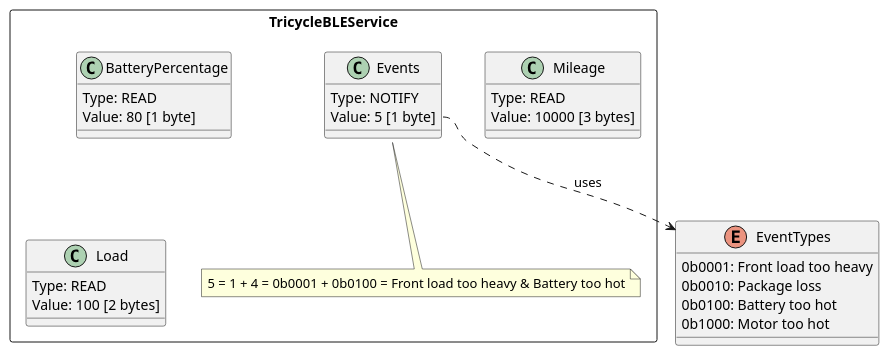
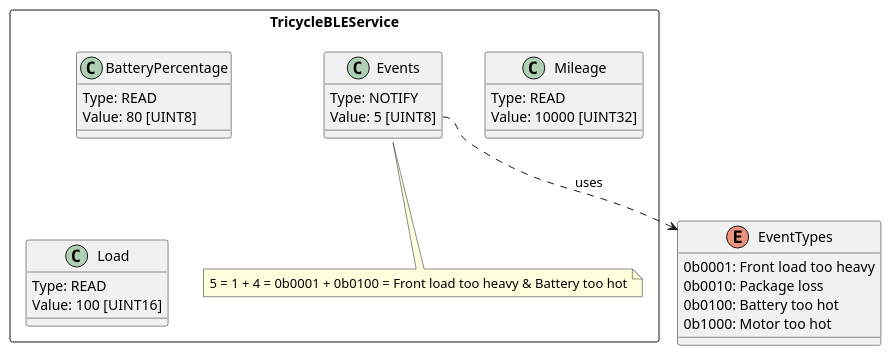
One commit to emmanuel-pastor/tricycle-iot-app changed the diagram in docs/ble_service.puml. Above: the diagram before and after it, drawn with PlantUML.

Commit message:
Update data size in ble service doc

```diff
--- a/docs/ble_service.puml
+++ b/docs/ble_service.puml
@@ -1,37 +1,37 @@
 @startuml
 
 package TricycleBLEService <<Rectangle>> {
     class BatteryPercentage {
         Type: READ
-        Value: 80 [1 byte]
+        Value: 80 [UINT8]
     }
 
     class Mileage {
         Type: READ
-        Value: 10000 [3 bytes]
+        Value: 10000 [UINT32]
     }
 
     class Load {
         Type: READ
-        Value: 100 [2 bytes]
+        Value: 100 [UINT16]
     }
 
     class Events {
         Type: NOTIFY
-        Value: 5 [1 byte]
+        Value: 5 [UINT8]
     }
 
     note bottom of Events
        5 = 1 + 4 = 0b0001 + 0b0100 = Front load too heavy & Battery too hot
     end note
 }
 
 enum EventTypes {
     0b0001: Front load too heavy
     0b0010: Package loss
     0b0100: Battery too hot
     0b1000: Motor too hot
 }
 
 Events::Value ..> EventTypes : "uses"
 @enduml
```
